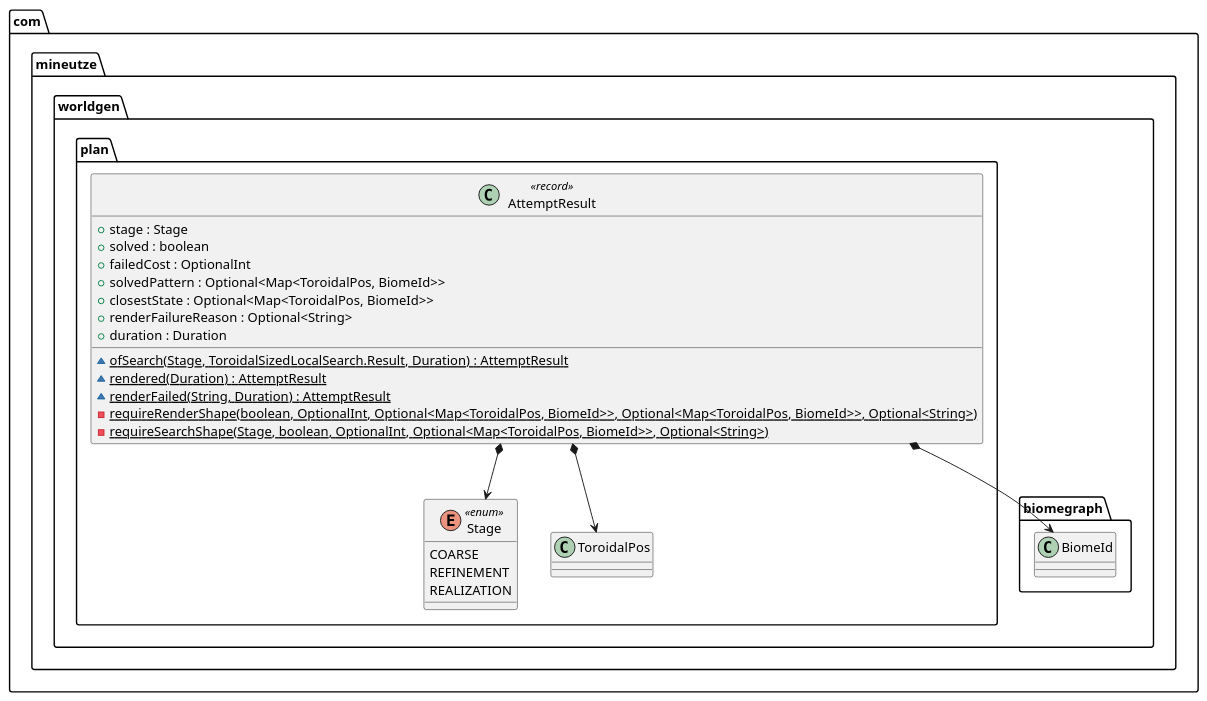
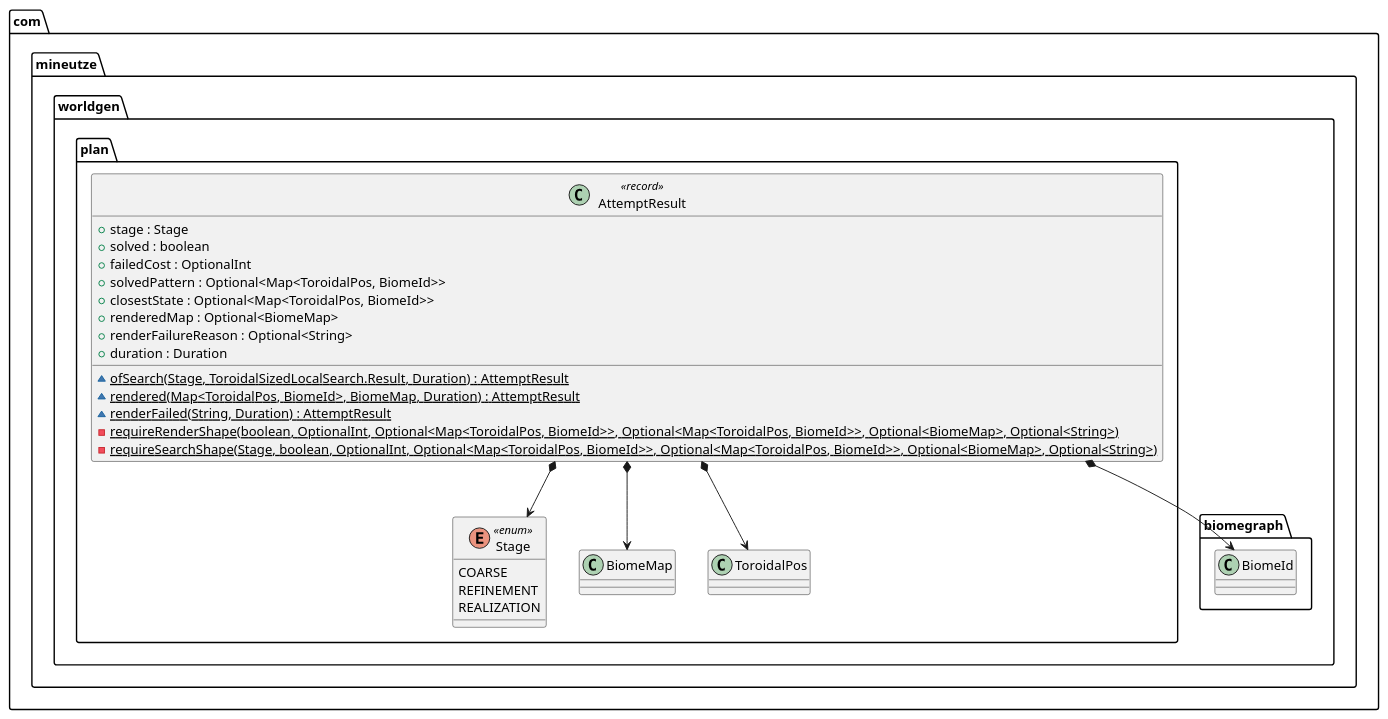
The diagram in companion-mods/mineutze-worldgen/doc/Modelisation/Fragments/com/mineutze/worldgen/plan/AttemptResult.puml (Boulede987/Mine-Utz), drawn with PlantUML before and after one commit. The commit also changed 96 other files, not shown here.

First line of the commit message:
docs(worldgen): regenerate class diagrams for the proof-based verdict

```diff
--- a/companion-mods/mineutze-worldgen/doc/Modelisation/Fragments/com/mineutze/worldgen/plan/AttemptResult.puml
+++ b/companion-mods/mineutze-worldgen/doc/Modelisation/Fragments/com/mineutze/worldgen/plan/AttemptResult.puml
@@ -1,25 +1,27 @@
 namespace com.mineutze.worldgen.plan {
 class AttemptResult <<record>> {
   + stage : Stage
   + solved : boolean
   + failedCost : OptionalInt
   + solvedPattern : Optional<Map<ToroidalPos, BiomeId>>
   + closestState : Optional<Map<ToroidalPos, BiomeId>>
+  + renderedMap : Optional<BiomeMap>
   + renderFailureReason : Optional<String>
   + duration : Duration
   ~ {static} ofSearch(Stage, ToroidalSizedLocalSearch.Result, Duration) : AttemptResult
-  ~ {static} rendered(Duration) : AttemptResult
+  ~ {static} rendered(Map<ToroidalPos, BiomeId>, BiomeMap, Duration) : AttemptResult
   ~ {static} renderFailed(String, Duration) : AttemptResult
-  - {static} requireRenderShape(boolean, OptionalInt, Optional<Map<ToroidalPos, BiomeId>>, Optional<Map<ToroidalPos, BiomeId>>, Optional<String>)
-  - {static} requireSearchShape(Stage, boolean, OptionalInt, Optional<Map<ToroidalPos, BiomeId>>, Optional<String>)
+  - {static} requireRenderShape(boolean, OptionalInt, Optional<Map<ToroidalPos, BiomeId>>, Optional<Map<ToroidalPos, BiomeId>>, Optional<BiomeMap>, Optional<String>)
+  - {static} requireSearchShape(Stage, boolean, OptionalInt, Optional<Map<ToroidalPos, BiomeId>>, Optional<Map<ToroidalPos, BiomeId>>, Optional<BiomeMap>, Optional<String>)
 }
 enum Stage <<enum>> {
   COARSE
   REFINEMENT
   REALIZATION
 }
 }
 
 com.mineutze.worldgen.plan.AttemptResult *--> com.mineutze.worldgen.biomegraph.BiomeId
+com.mineutze.worldgen.plan.AttemptResult *--> com.mineutze.worldgen.plan.BiomeMap
 com.mineutze.worldgen.plan.AttemptResult *--> com.mineutze.worldgen.plan.Stage
 com.mineutze.worldgen.plan.AttemptResult *--> com.mineutze.worldgen.plan.ToroidalPos
```
